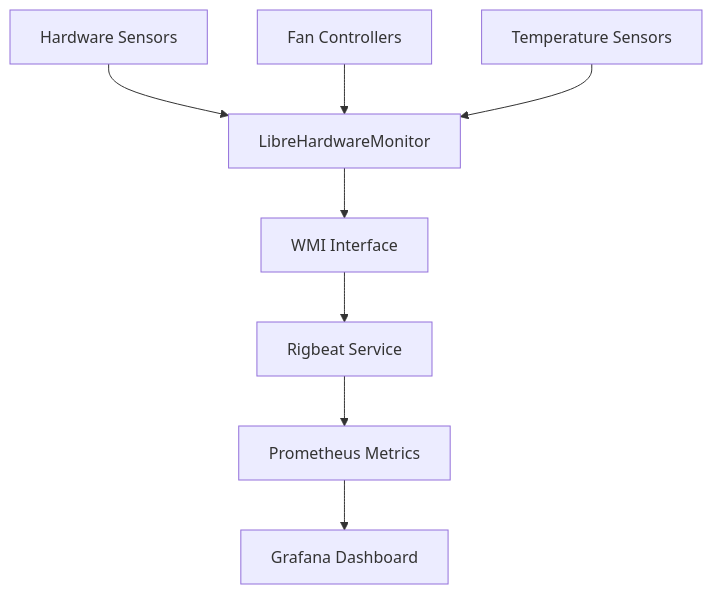
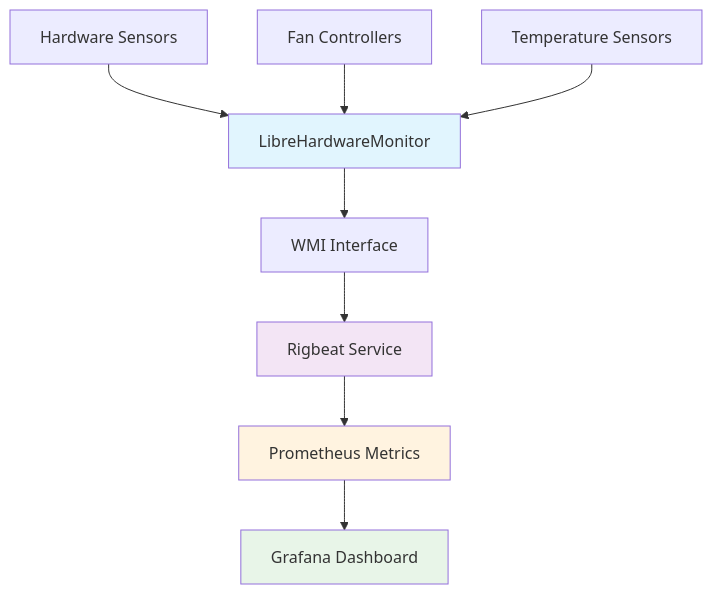
The diagram in docs/guide/overview.md (vegardhw/rigbeat), drawn with Mermaid before and after one commit. The commit also changed other lines of this file and 3 other files, not shown here.

````diff
--- a/docs/guide/overview.md
+++ b/docs/guide/overview.md
@@ -7,11 +7,16 @@
 ```mermaid
 graph TD
     A[LibreHardwareMonitor] --> B[WMI Interface]
     B --> C[Rigbeat Service]
     C --> D[Prometheus Metrics]
     D --> E[Grafana Dashboard]
 
     F[Hardware Sensors] --> A
     G[Fan Controllers] --> A
     H[Temperature Sensors] --> A
+
+    style A fill:#e1f5fe
+    style C fill:#f3e5f5  
+    style D fill:#fff3e0
+    style E fill:#e8f5e8
 ```
````
